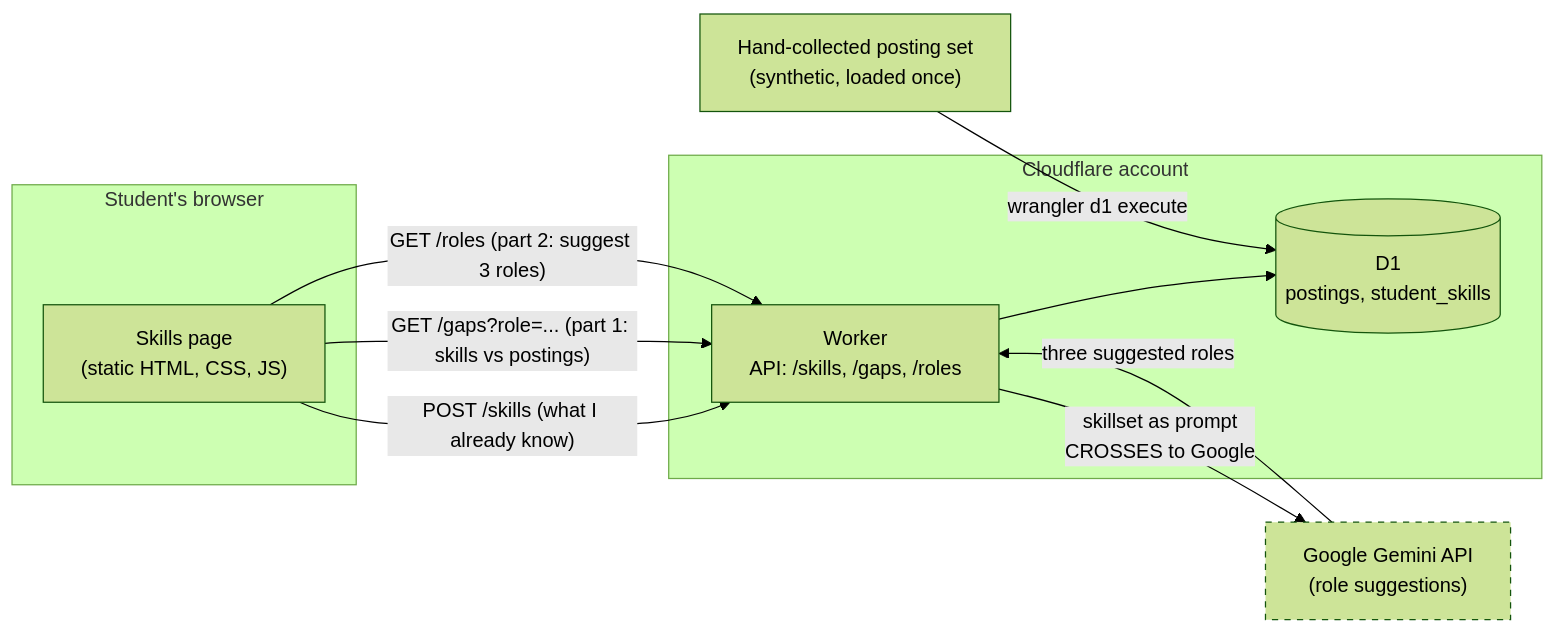
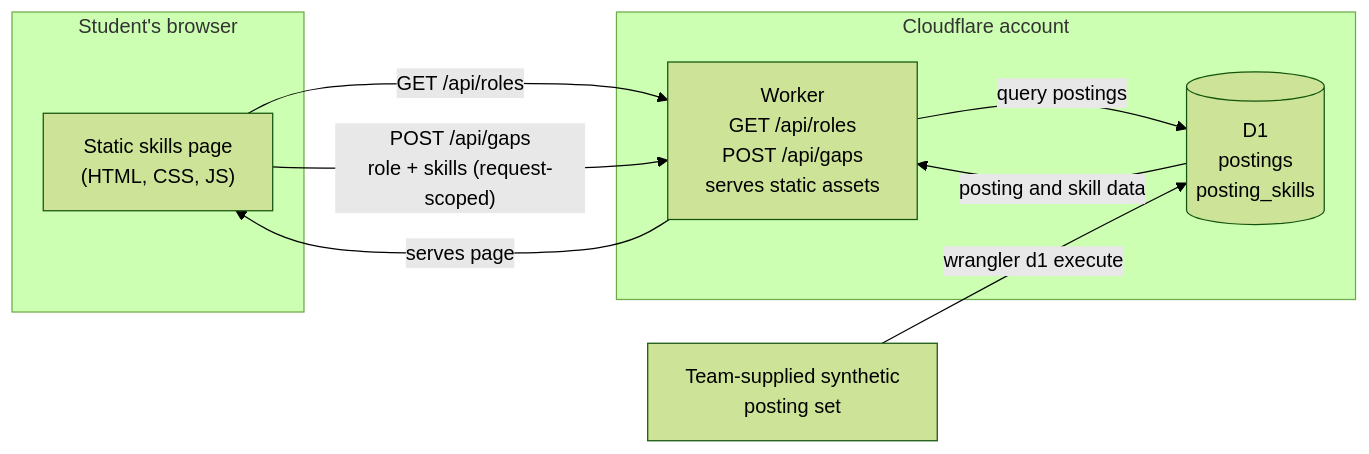
Before and after one commit to aaronsarasota04/mgt3745-team-gamma: the diagram in context/ARCHITECTURE.md, drawn with Mermaid (forest theme). The commit also changed other lines of this file, not shown here.

Commit message:
Mermaid diagram updated to reflect ADR 002

````diff
--- a/context/ARCHITECTURE.md
+++ b/context/ARCHITECTURE.md
@@ -207,22 +207,18 @@
 ```mermaid
 flowchart LR
     subgraph Student["Student's browser"]
-        SP["Skills page<br/>(static HTML, CSS, JS)"]
+        SP["Static skills page<br/>(HTML, CSS, JS)"]
     end
     subgraph CF["Cloudflare account"]
-        W["Worker<br/>API: /skills, /gaps, /roles"]
-        DB[("D1<br/>postings, student_skills")]
+        W["Worker<br/>GET /api/roles<br/>POST /api/gaps<br/>serves static assets"]
+        DB[("D1<br/>postings<br/>posting_skills")]
     end
-    POST["Hand-collected posting set<br/>(synthetic, loaded once)"]
-    G["Google Gemini API<br/>(role suggestions)"]
+    POST["Team-supplied synthetic<br/>posting set"]
 
-    SP -- "POST /skills (what I already know)" --> W
-    SP -- "GET /gaps?role=... (part 1: skills vs postings)" --> W
-    SP -- "GET /roles (part 2: suggest 3 roles)" --> W
-    W --> DB
+    W -- "serves page" --> SP
+    SP -- "GET /api/roles" --> W
+    SP -- "POST /api/gaps<br/>role + skills (request-scoped)" --> W
+    W -- "query postings" --> DB
+    DB -- "posting and skill data" --> W
     POST -- "wrangler d1 execute" --> DB
-    W -- "skillset as prompt<br/>CROSSES to Google" --> G
-    G -- "three suggested roles" --> W
-
-    style G stroke-dasharray: 5 5
 ```
````
